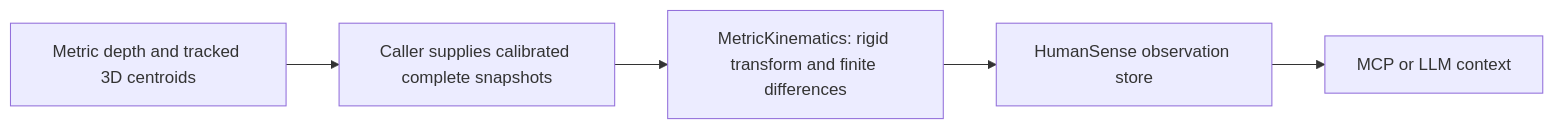
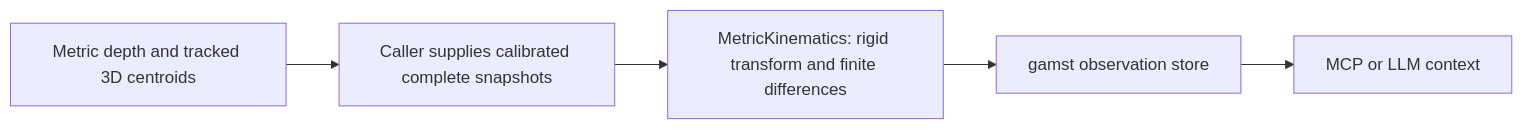
One commit to NomaDamas/Gamst changed the diagram in docs/metric-kinematics.md. Above: the diagram before and after it, drawn with Mermaid. The commit also changed 10 other files, not shown here.

````diff
--- a/docs/metric-kinematics.md
+++ b/docs/metric-kinematics.md
@@ -3,7 +3,7 @@
 ```mermaid
 flowchart LR
   A[Metric depth and tracked 3D centroids] --> B[Caller supplies calibrated complete snapshots]
   B --> C[MetricKinematics: rigid transform and finite differences]
-  C --> D[HumanSense observation store]
+  C --> D[gamst observation store]
   D --> E[MCP or LLM context]
 ```
````
